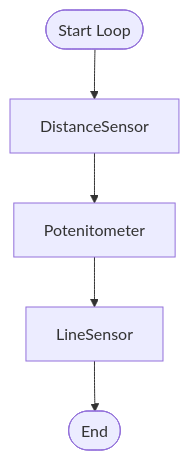
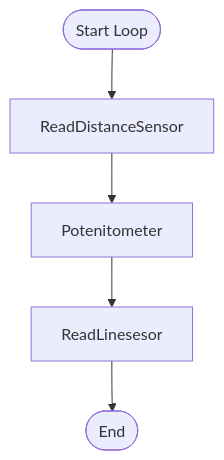
Before and after one commit to 0347846/ElectronicsBoard: the fourth of 5 diagrams in logic.md, drawn with Mermaid. The commit also changed other lines of this file, not shown here.

````diff
--- a/logic.md
+++ b/logic.md
@@ -41,11 +42,11 @@
 ``` mermaid
 flowchart TD
 terminalStart([Start Loop])
 terminalEnd([End])
 terminalStart([Start Loop])
 -->
-DistanceSensor
+ReadDistanceSensor
 --> Potenitometer
---> LineSensor
+--> ReadLinesesor
 --> terminalEnd
 ```
````
